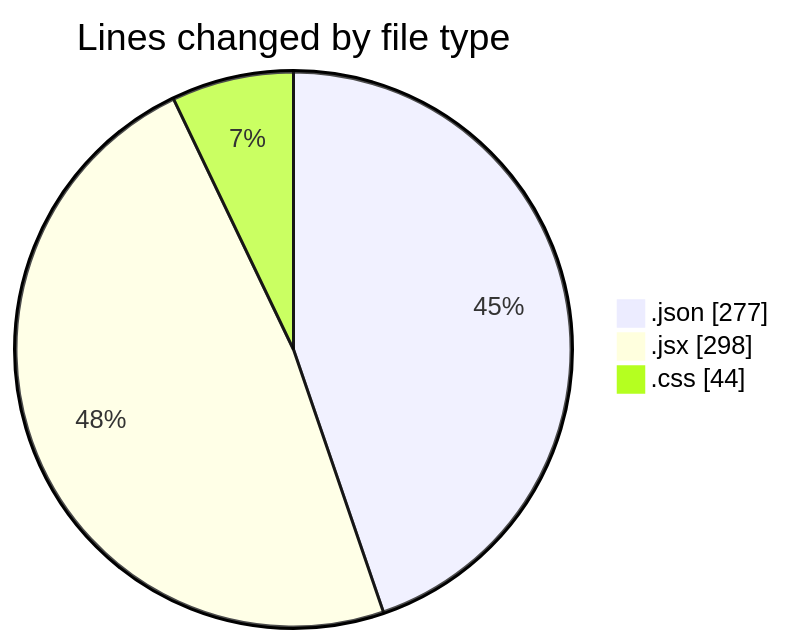
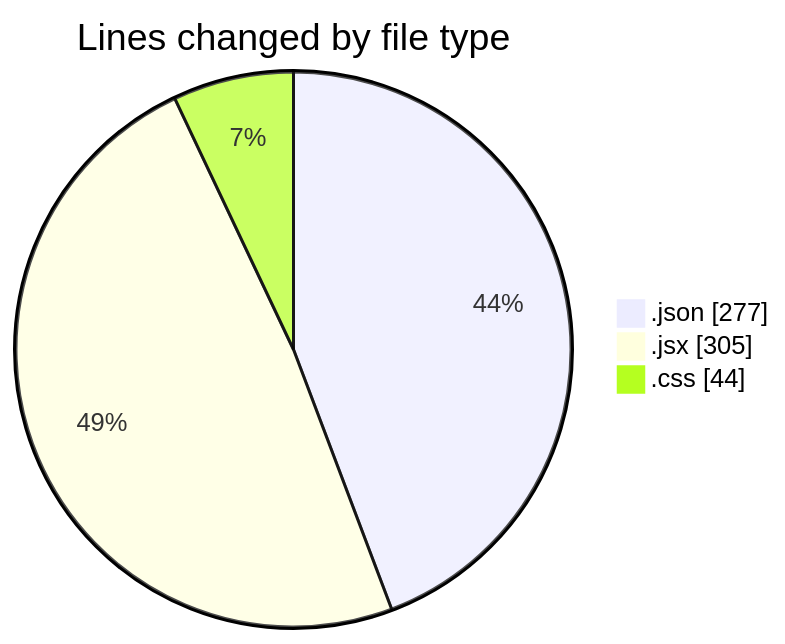
Before and after one commit to Elitesun/code-tracking: the first of 2 diagrams in 2025-02-11/react_ecom/README.md, drawn with Mermaid. The commit also changed other lines of this file and 1 other file, not shown here.

````diff
--- a/2025-02-11/react_ecom/README.md
+++ b/2025-02-11/react_ecom/README.md
@@ -28,7 +28,7 @@
 ```mermaid
 pie showData
 title Lines changed by file type
 ".json" : 277
-".jsx" : 298
+".jsx" : 305
 ".css" : 44
 ```
````
